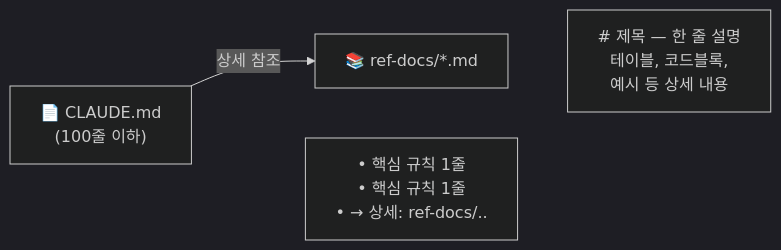
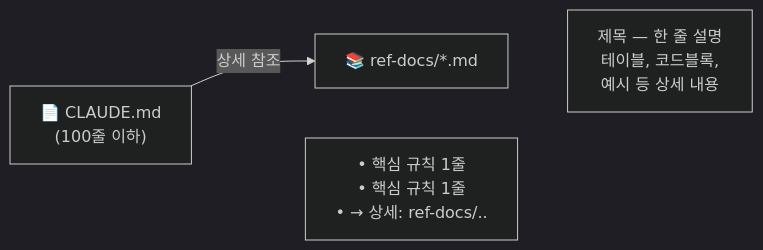
The sixth of 6 diagrams in README.md (leonardo204/dotclaude), drawn with Mermaid (dark theme) before and after one commit. The commit also changed 1 other file, not shown here.

Commit message:
[Docs] Mermaid 줄바꿈 수정 — \n→<br> + 컨벤션 문서에 규칙 추가

````diff
--- a/README.md
+++ b/README.md
@@ -299,7 +299,7 @@
 ```mermaid
 graph LR
-    A["📄 CLAUDE.md\n(100줄 이하)"] -->|상세 참조| B["📚 ref-docs/*.md"]
+    A["📄 CLAUDE.md<br>(100줄 이하)"] -->|상세 참조| B["📚 ref-docs/*.md"]
 
-    A ~~~ A1["• 핵심 규칙 1줄\n• 핵심 규칙 1줄\n• → 상세: ref-docs/.."]
-    B ~~~ B1["# 제목 — 한 줄 설명\n테이블, 코드블록,\n예시 등 상세 내용"]
+    A ~~~ A1["• 핵심 규칙 1줄<br>• 핵심 규칙 1줄<br>• → 상세: ref-docs/.."]
+    B ~~~ B1["제목 — 한 줄 설명<br>테이블, 코드블록,<br>예시 등 상세 내용"]
 ```
````
